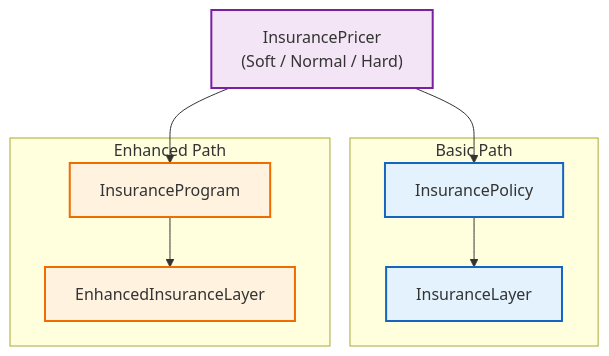
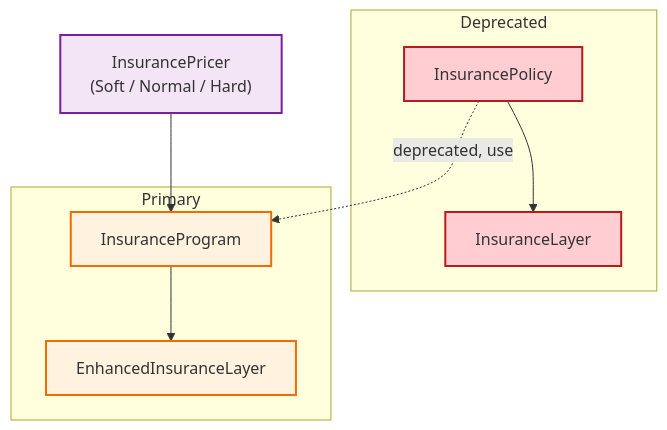
The fifth of 6 diagrams in ergodic_insurance/docs/architecture/context_diagram.md (AlexFiliakov/Ergodic-Insurance-Limits), drawn with Mermaid before and after one commit. The commit also changed other lines of this file and 105 other files, not shown here.

````diff
--- a/ergodic_insurance/docs/architecture/context_diagram.md
+++ b/ergodic_insurance/docs/architecture/context_diagram.md
@@ -361,26 +361,27 @@
 ```{mermaid}
 flowchart TB
-       subgraph Basic["Basic Path"]
+       subgraph Deprecated["Deprecated"]
            INSPOL["InsurancePolicy"]
            INSLAY["InsuranceLayer"]
            INSPOL --> INSLAY
        end
 
-       subgraph Enhanced["Enhanced Path"]
+       subgraph Primary["Primary"]
            INSPROG["InsuranceProgram"]
            ENHLAY["EnhancedInsuranceLayer"]
            INSPROG --> ENHLAY
        end
 
        PRICER["InsurancePricer<br/>(Soft / Normal / Hard)"]
-       PRICER --> INSPOL
        PRICER --> INSPROG
 
-       classDef basicClass fill:#e3f2fd,stroke:#1565c0,stroke-width:2px
-       classDef enhancedClass fill:#fff3e0,stroke:#ef6c00,stroke-width:2px
+       INSPOL -.->|deprecated, use| INSPROG
+
+       classDef deprecatedClass fill:#ffcdd2,stroke:#b71c1c,stroke-width:2px
+       classDef primaryClass fill:#fff3e0,stroke:#ef6c00,stroke-width:2px
        classDef pricerClass fill:#f3e5f5,stroke:#7b1fa2,stroke-width:2px
 
-       class INSPOL,INSLAY basicClass
-       class INSPROG,ENHLAY enhancedClass
+       class INSPOL,INSLAY deprecatedClass
+       class INSPROG,ENHLAY primaryClass
        class PRICER pricerClass
 ```
````
